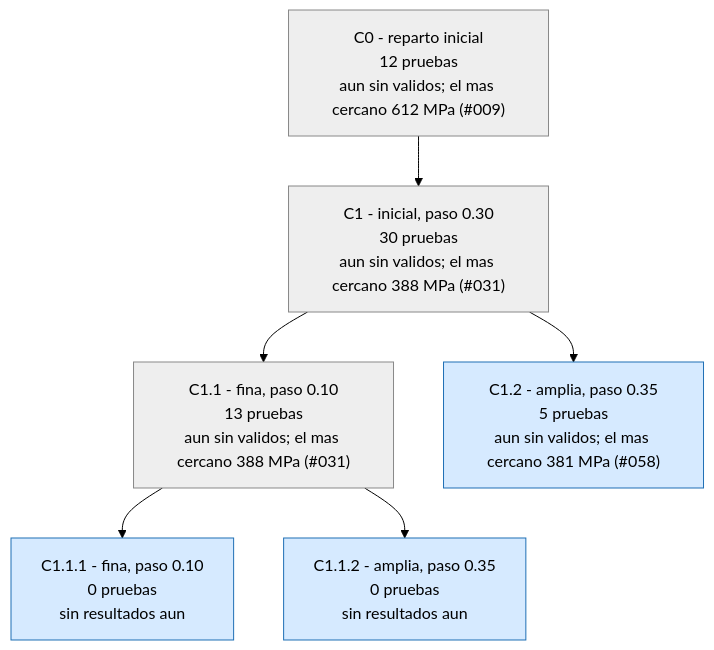
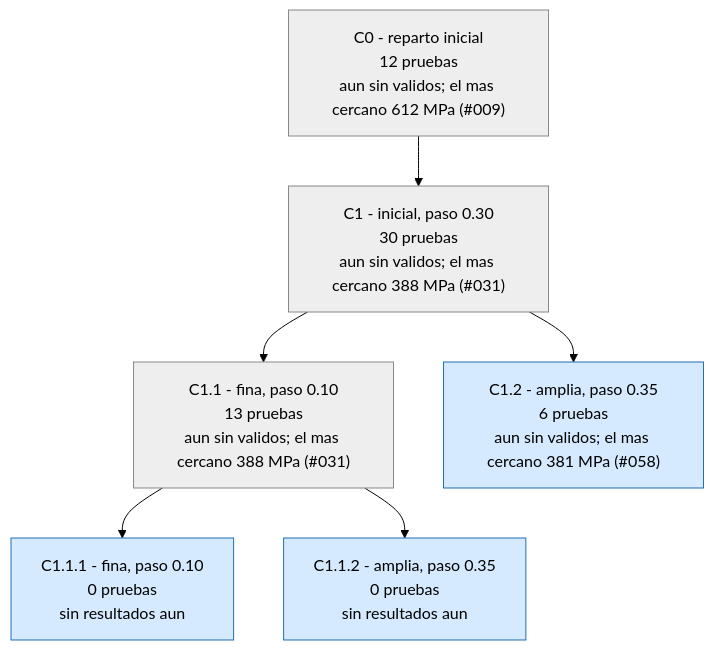
Before and after one commit to Hugiko/msd-soporte-optimizacion: the third of 3 diagrams in runs/opt_37800N/ARBOL.md, drawn with Mermaid (forest theme). The commit also changed 19 other files, not shown here.

````diff
--- a/runs/opt_37800N/ARBOL.md
+++ b/runs/opt_37800N/ARBOL.md
@@ -65,17 +65,17 @@
 ```mermaid
 graph TD
 classDef activa fill:#d6eaff,stroke:#1f6fb5,color:#000
 classDef fin fill:#eeeeee,stroke:#888,color:#000
 classDef mejor fill:#c8f0c0,stroke:#1a9850,stroke-width:4px,color:#000
 C0["C0 - reparto inicial<br/>12 pruebas<br/>aun sin validos; el mas cercano 612 MPa (#009)"]:::fin
 C1["C1 - inicial, paso 0.30<br/>30 pruebas<br/>aun sin validos; el mas cercano 388 MPa (#031)"]:::fin
 C0 --> C1
 C1_1["C1.1 - fina, paso 0.10<br/>13 pruebas<br/>aun sin validos; el mas cercano 388 MPa (#031)"]:::fin
 C1 --> C1_1
-C1_2["C1.2 - amplia, paso 0.35<br/>5 pruebas<br/>aun sin validos; el mas cercano 381 MPa (#058)"]:::activa
+C1_2["C1.2 - amplia, paso 0.35<br/>6 pruebas<br/>aun sin validos; el mas cercano 381 MPa (#058)"]:::activa
 C1 --> C1_2
 C1_1_1["C1.1.1 - fina, paso 0.10<br/>0 pruebas<br/>sin resultados aun"]:::activa
 C1_1 --> C1_1_1
 C1_1_2["C1.1.2 - amplia, paso 0.35<br/>0 pruebas<br/>sin resultados aun"]:::activa
 C1_1 --> C1_1_2
 ```
````
